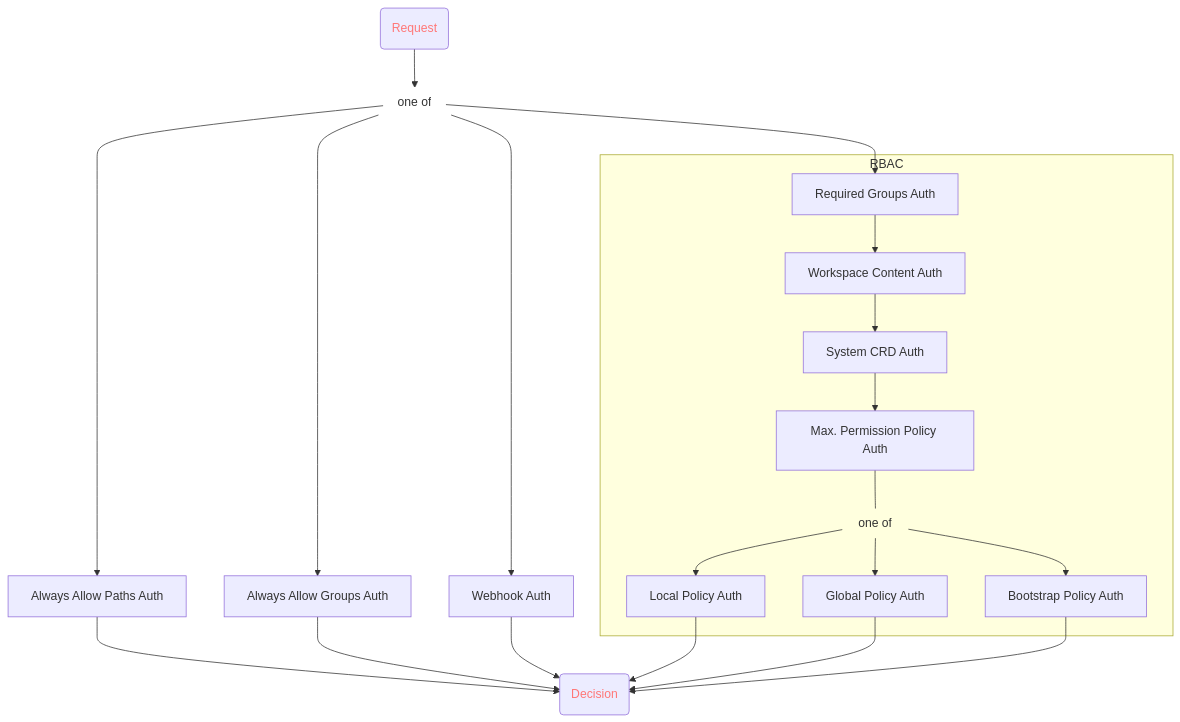
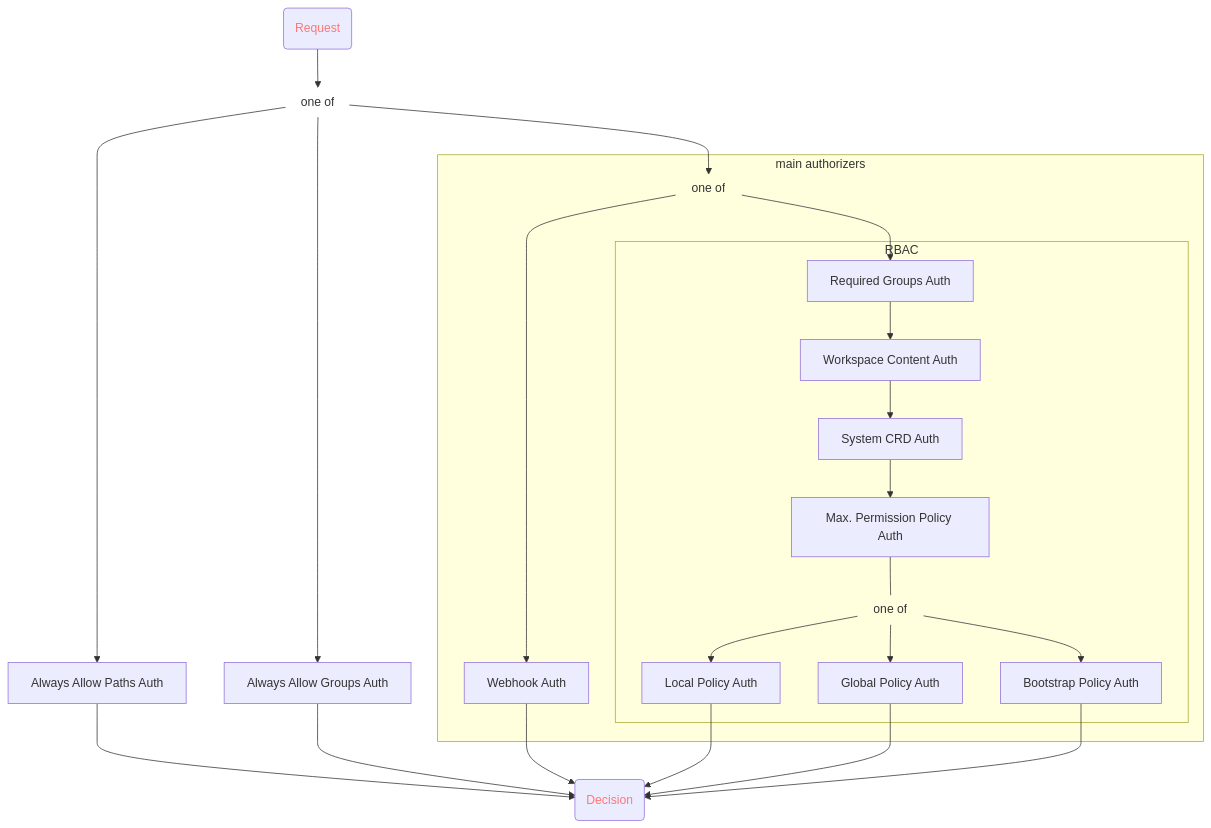
Before and after one commit to kcp-dev/kcp: the diagram in docs/content/concepts/authorization/authorizers.md, drawn with Mermaid. The commit also changed other lines of this file and 1 other file, not shown here.

Commit message:
change position of webhook authorizer in authz chain so that it cannot override alwaysAllowPaths/Groups
On-behalf-of: @SAP christoph.mewes@sap.com

````diff
--- a/docs/content/concepts/authorization/authorizers.md
+++ b/docs/content/concepts/authorization/authorizers.md
@@ -17,30 +17,35 @@
 ``` mermaid
 graph TD
-    start(Request):::state --> main_alt[/one of\]:::or
-    main_alt --> aapa[Always Allow Paths Auth]
-    main_alt --> aaga[Always Allow Groups Auth]
-    main_alt --> wa[Webhook Auth]
-    main_alt --> rga[Required Groups Auth]
+  start(Request):::state --> main_alt[/one of\]:::or
+  main_alt --> aapa[Always Allow Paths Auth]
+  main_alt --> aaga[Always Allow Groups Auth]
 
-    aapa --> decision(Decision):::state
-    aaga --> decision
-    wa --> decision
+  aapa --> decision(Decision):::state
+  aaga --> decision
+
+  main_alt --> kcp_alt[/one of\]:::or
+
+  subgraph "main authorizers"
+    kcp_alt --> rga[Required Groups Auth]
+    kcp_alt --> wa[Webhook Auth]
 
     subgraph "RBAC"
-    rga --> wca[Workspace Content Auth]
-    wca --> scrda[System CRD Auth]
-    scrda --> mppa[Max. Permission Policy Auth]
+      rga --> wca[Workspace Content Auth]
+      wca --> scrda[System CRD Auth]
+      scrda --> mppa[Max. Permission Policy Auth]
 
-    mppa --- mppa_alt[/one of\]:::or
-    mppa_alt --> lpa[Local Policy Auth]
-    mppa_alt --> gpa[Global Policy Auth]
-    mppa_alt --> bpa[Bootstrap Policy Auth]
+      mppa --- mppa_alt[/one of\]:::or
+      mppa_alt --> lpa[Local Policy Auth]
+      mppa_alt --> gpa[Global Policy Auth]
+      mppa_alt --> bpa[Bootstrap Policy Auth]
     end
+  end
 
-    lpa --> decision
-    gpa --> decision
-    bpa --> decision
+  wa --> decision
+  lpa --> decision
+  gpa --> decision
+  bpa --> decision
 
-    classDef state color:#F77
-    classDef or fill:none,stroke:none
+  classDef state color:#F77
+  classDef or fill:none,stroke:none
 ```
````
